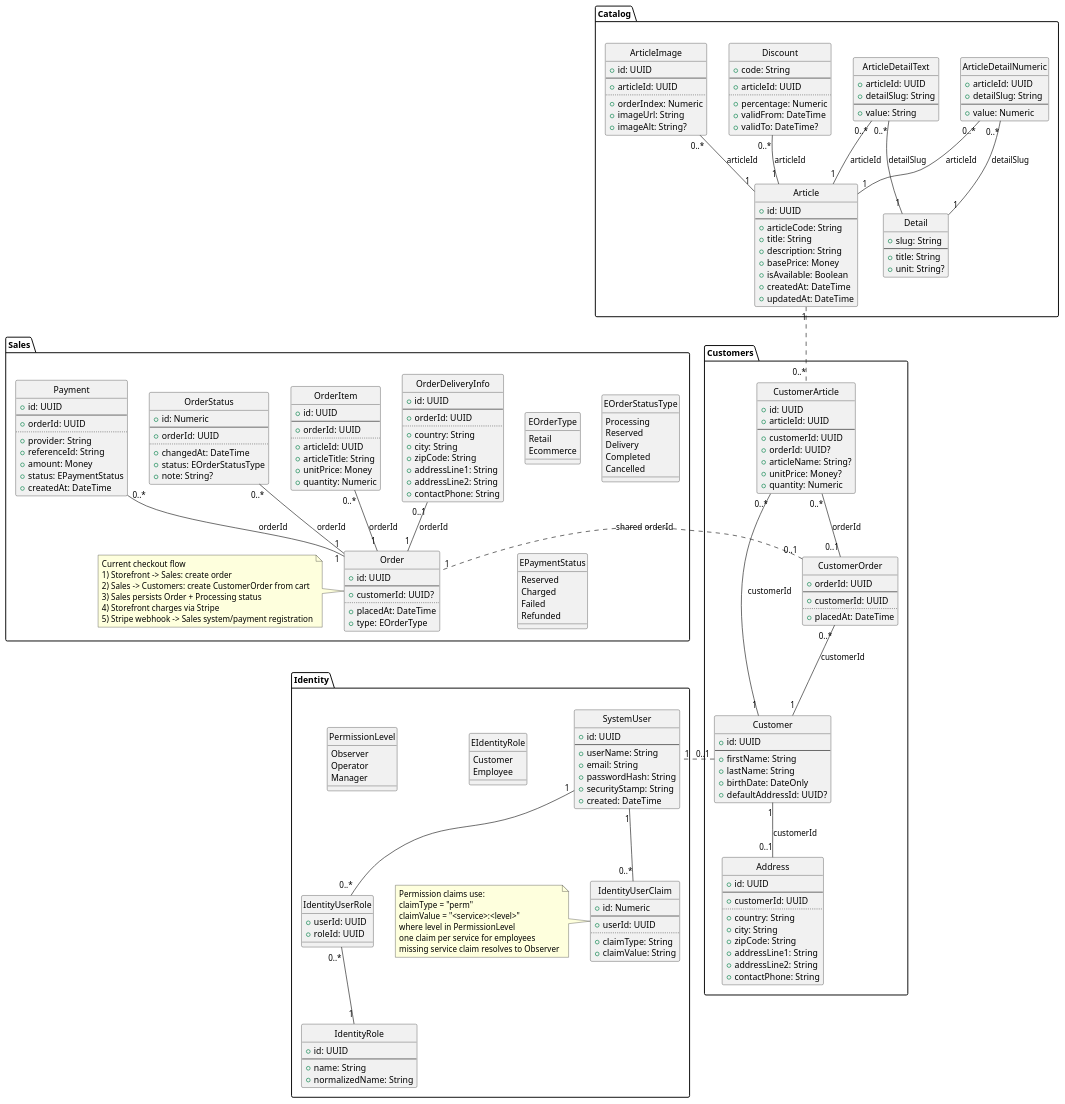
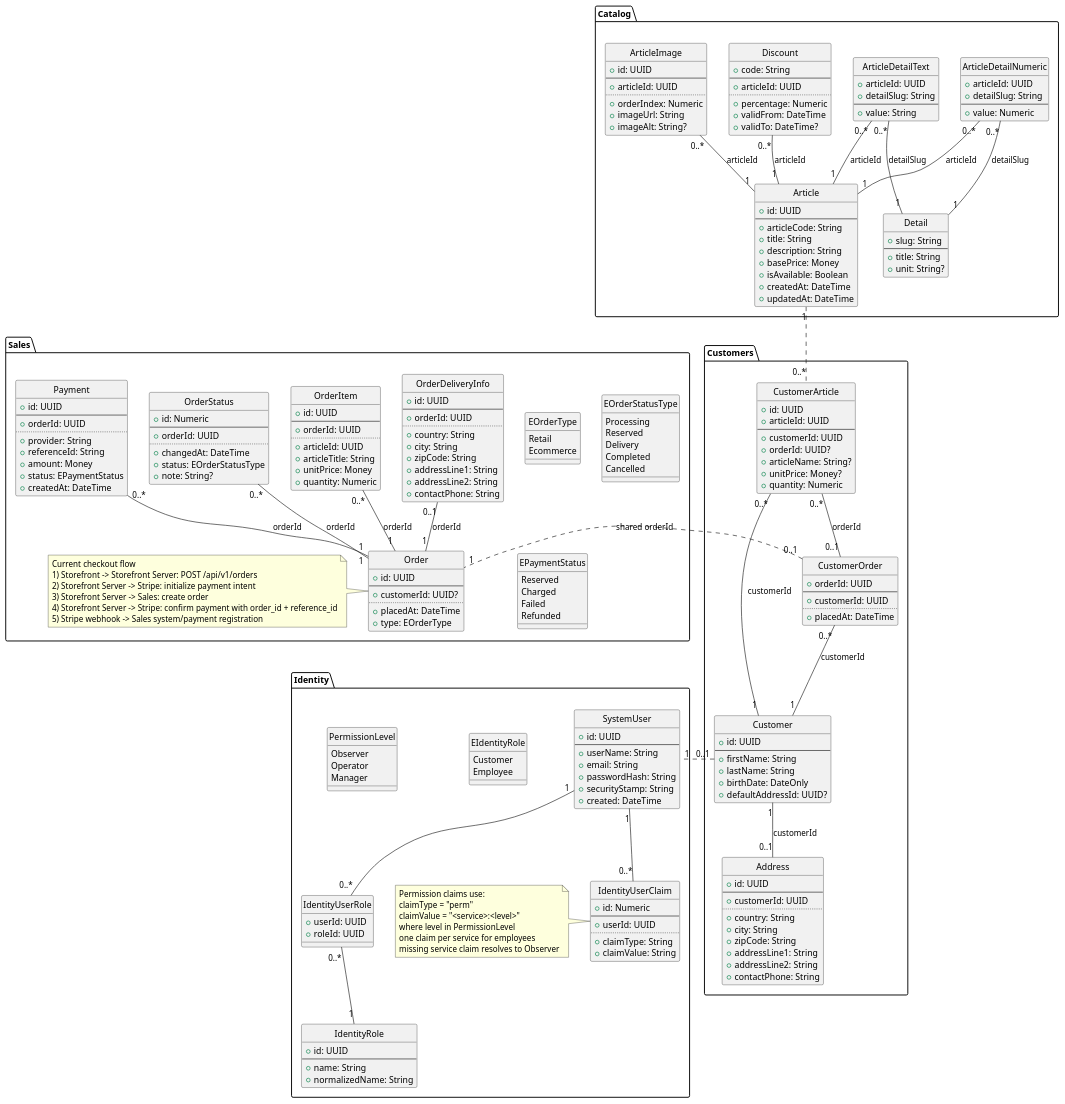
The diagram in docs/HLD Platform - Class Diagram.puml (draganovik/matterway), drawn with PlantUML before and after one commit. The commit also changed 25 other files, not shown here.

First line of the commit message:
Implement server-side checkout orchestration with Stripe

```diff
--- a/docs/HLD Platform - Class Diagram.puml
+++ b/docs/HLD Platform - Class Diagram.puml
@@ -205,10 +205,10 @@
 
   note left of Order
     Current checkout flow
-    1) Storefront -> Sales: create order
-    2) Sales -> Customers: create CustomerOrder from cart
-    3) Sales persists Order + Processing status
-    4) Storefront charges via Stripe
+    1) Storefront -> Storefront Server: POST /api/v1/orders
+    2) Storefront Server -> Stripe: initialize payment intent
+    3) Storefront Server -> Sales: create order
+    4) Storefront Server -> Stripe: confirm payment with order_id + reference_id
     5) Stripe webhook -> Sales system/payment registration
   end note
 
```
